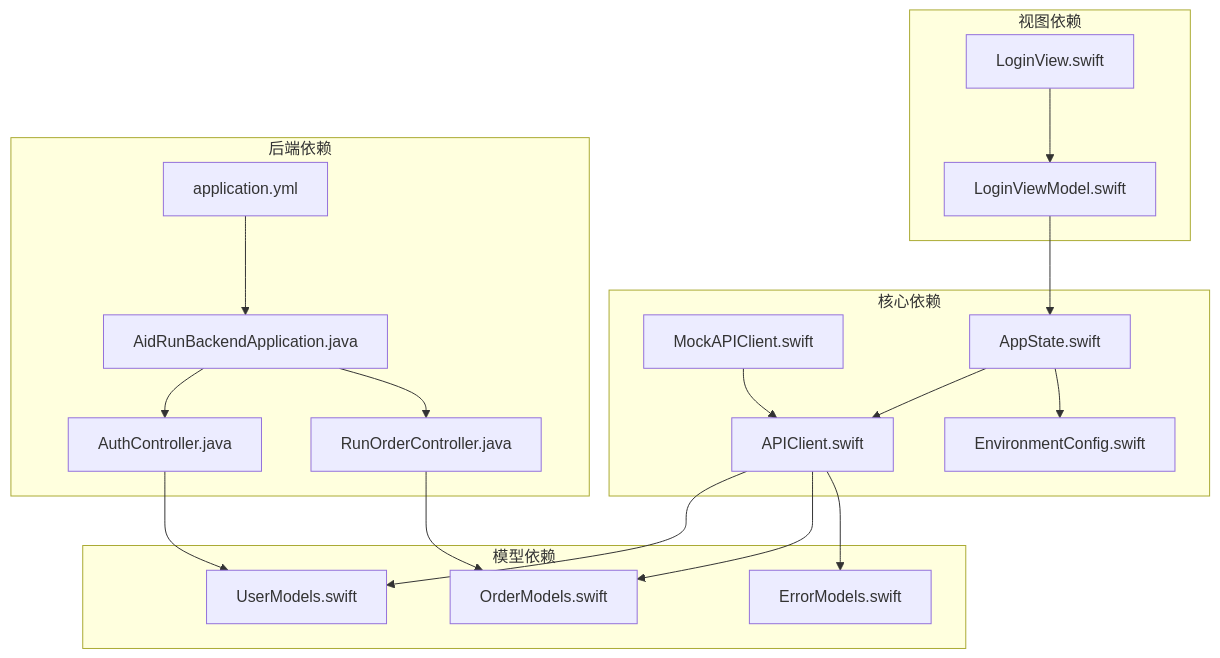
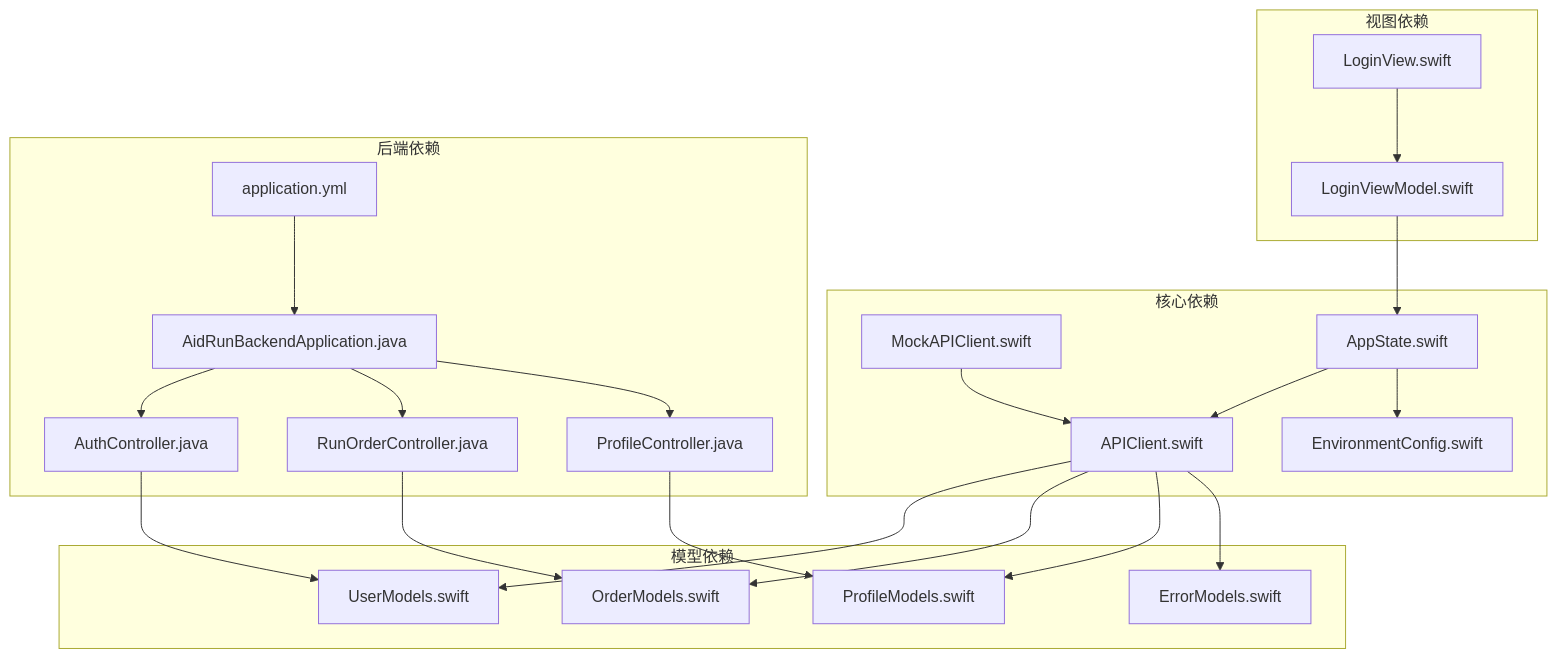
The fifth of 5 diagrams in .qoder/repowiki/zh/content/架构设计/模块化架构设计/Core 核心模块/Mock API 客户端功能增强.md (Jayden23018/blind-run-ios), drawn with Mermaid before and after one commit. The commit also changed other lines of this file and 9 other files, not shown here.

````diff
--- a/.qoder/repowiki/zh/content/架构设计/模块化架构设计/Core 核心模块/Mock API 客户端功能增强.md
+++ b/.qoder/repowiki/zh/content/架构设计/模块化架构设计/Core 核心模块/Mock API 客户端功能增强.md
@@ -246,37 +319,42 @@
 ```mermaid
 graph TD
 subgraph "核心依赖"
 APIClient[APIClient.swift]
 MockClient[MockAPIClient.swift]
 AppState[AppState.swift]
 EnvConfig[EnvironmentConfig.swift]
 end
 subgraph "模型依赖"
 UserModel[UserModels.swift]
 OrderModel[OrderModels.swift]
+ProfileModel[ProfileModels.swift]
 ErrorModel[ErrorModels.swift]
 end
 subgraph "视图依赖"
 LoginView[LoginView.swift]
 LoginVM[LoginViewModel.swift]
 end
 subgraph "后端依赖"
 BackendApp[AidRunBackendApplication.java]
 AuthCtrl[AuthController.java]
 OrderCtrl[RunOrderController.java]
+ProfileCtrl[ProfileController.java]
 AppConfig[application.yml]
 end
 APIClient --> UserModel
 APIClient --> OrderModel
+APIClient --> ProfileModel
 APIClient --> ErrorModel
 MockClient --> APIClient
 AppState --> APIClient
 AppState --> EnvConfig
 LoginView --> LoginVM
 LoginVM --> AppState
 BackendApp --> AuthCtrl
 BackendApp --> OrderCtrl
+BackendApp --> ProfileCtrl
 AuthCtrl --> UserModel
 OrderCtrl --> OrderModel
+ProfileCtrl --> ProfileModel
 AppConfig --> BackendApp
 ```
````
